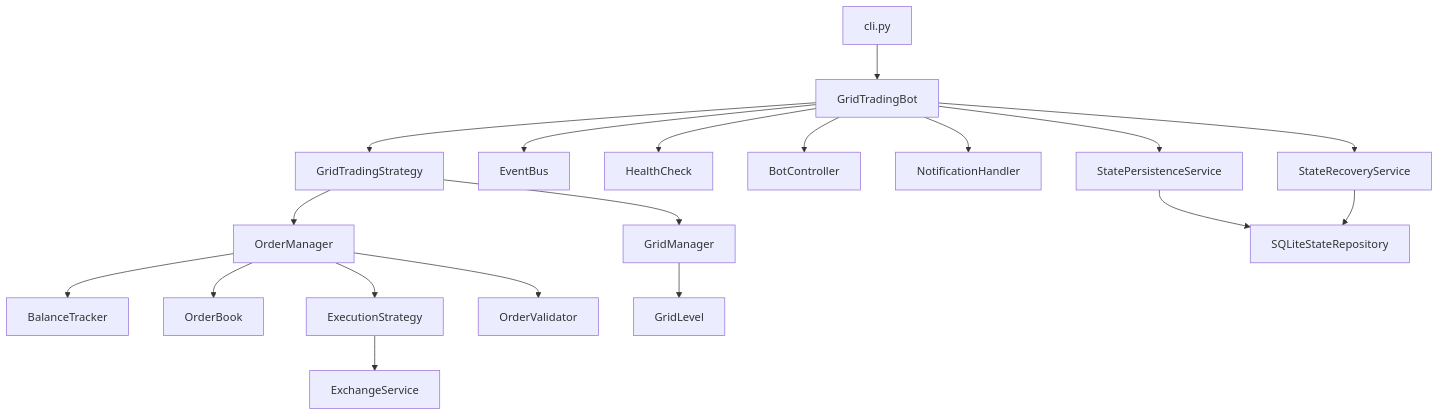
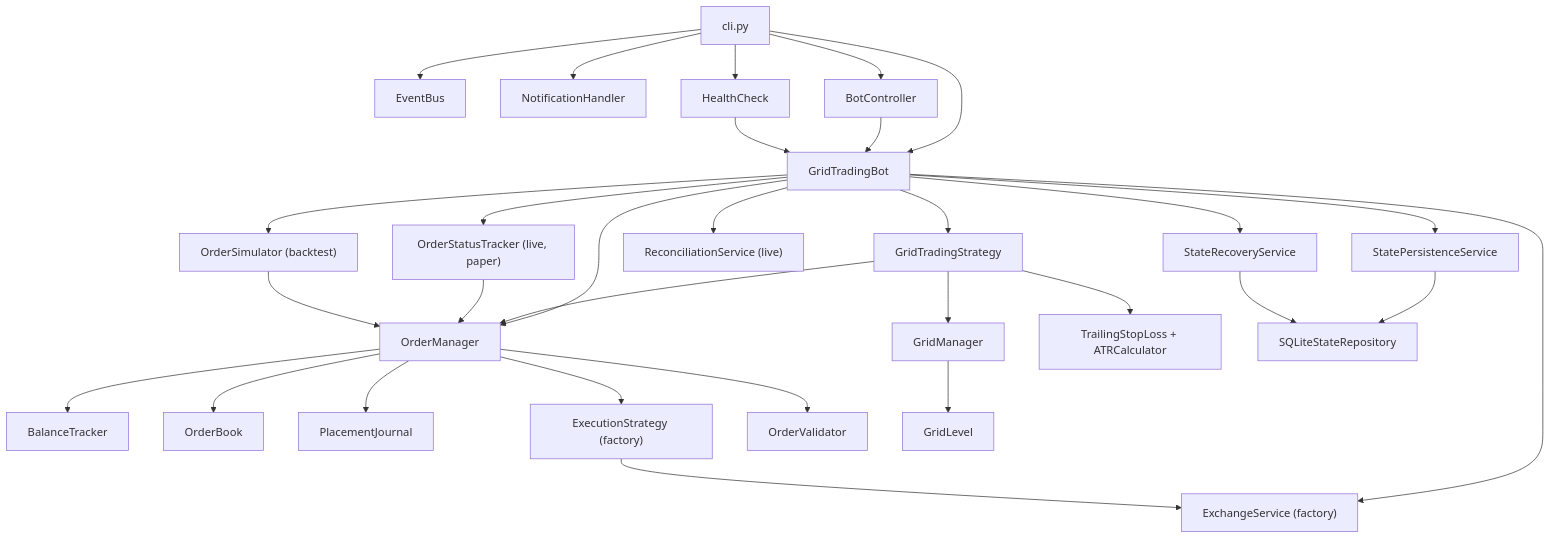
Before and after one commit to jordantete/grid_trading_bot: the first of 2 diagrams in docs/architecture/overview.md, drawn with Mermaid. The commit also changed other lines of this file and 2 other files, not shown here.

Commit message:
docs: rebuild the module tree, document dynamic spacing and the trailing stop, fix the resume example

````diff
--- a/docs/architecture/overview.md
+++ b/docs/architecture/overview.md
@@ -51,21 +94,32 @@
 ```mermaid
 flowchart TD
-    CLI["cli.py"] --> Bot["GridTradingBot"]
+    CLI["cli.py"] --> EventBus["EventBus"]
+    CLI --> Notification["NotificationHandler"]
+    CLI --> Bot["GridTradingBot"]
+    CLI --> BotController["BotController"]
+    CLI --> HealthCheck["HealthCheck"]
+    BotController --> Bot
+    HealthCheck --> Bot
+    Bot --> ExchangeService["ExchangeService (factory)"]
     Bot --> Strategy["GridTradingStrategy"]
-    Bot --> EventBus["EventBus"]
-    Bot --> HealthCheck["HealthCheck"]
-    Bot --> BotController["BotController"]
-    Bot --> Notification["NotificationHandler"]
-    Strategy --> OrderManager["OrderManager"]
+    Bot --> OrderManager["OrderManager"]
+    Bot --> Tracker["OrderStatusTracker (live, paper)"]
+    Bot --> Simulator["OrderSimulator (backtest)"]
+    Bot --> Reconciliation["ReconciliationService (live)"]
+    Bot --> PersistenceService["StatePersistenceService"]
+    Bot --> RecoveryService["StateRecoveryService"]
+    Strategy --> OrderManager
     Strategy --> GridManager["GridManager"]
+    Strategy --> TrailingStop["TrailingStopLoss + ATRCalculator"]
+    Tracker --> OrderManager
+    Simulator --> OrderManager
     OrderManager --> BalanceTracker["BalanceTracker"]
     OrderManager --> OrderBook["OrderBook"]
-    OrderManager --> ExecutionStrategy["ExecutionStrategy"]
-    ExecutionStrategy --> ExchangeService["ExchangeService"]
+    OrderManager --> Journal["PlacementJournal"]
+    OrderManager --> ExecutionStrategy["ExecutionStrategy (factory)"]
     OrderManager --> OrderValidator["OrderValidator"]
+    ExecutionStrategy --> ExchangeService
     GridManager --> GridLevel["GridLevel"]
-    Bot --> PersistenceService["StatePersistenceService"]
-    Bot --> RecoveryService["StateRecoveryService"]
     PersistenceService --> StateRepository["SQLiteStateRepository"]
     RecoveryService --> StateRepository
 ```
````
